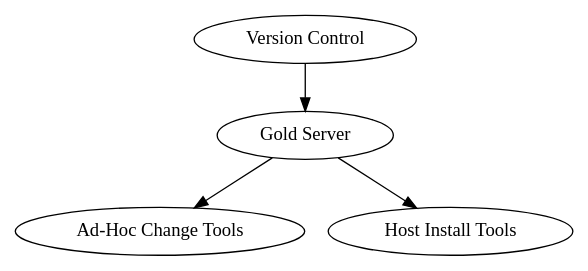
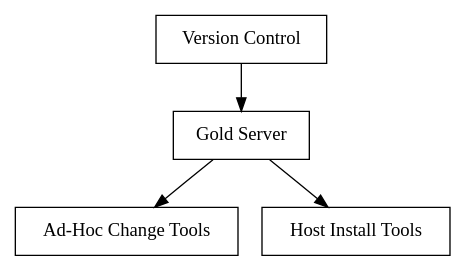
The diagram in pic/dns.gv (omussell/homelab), drawn with Graphviz before and after one commit.

```diff
--- a/pic/dns.gv
+++ b/pic/dns.gv
@@ -1,9 +1,9 @@
 digraph SecureInfrastructure {
-	VC [label="Version Control"];
-	GS [label="Gold Server"];
-	AHCT [label="Ad-Hoc Change Tools"];
-	HIT [label="Host Install Tools"];
+	VC [shape=box,label="Version Control"];
+	GS [shape=box,label="Gold Server"];
+	AHCT [shape=box,label="Ad-Hoc Change Tools"];
+	HIT [shape=box,label="Host Install Tools"];
 	VC -> GS;
 	GS -> AHCT;
 	GS -> HIT;
 }
```
